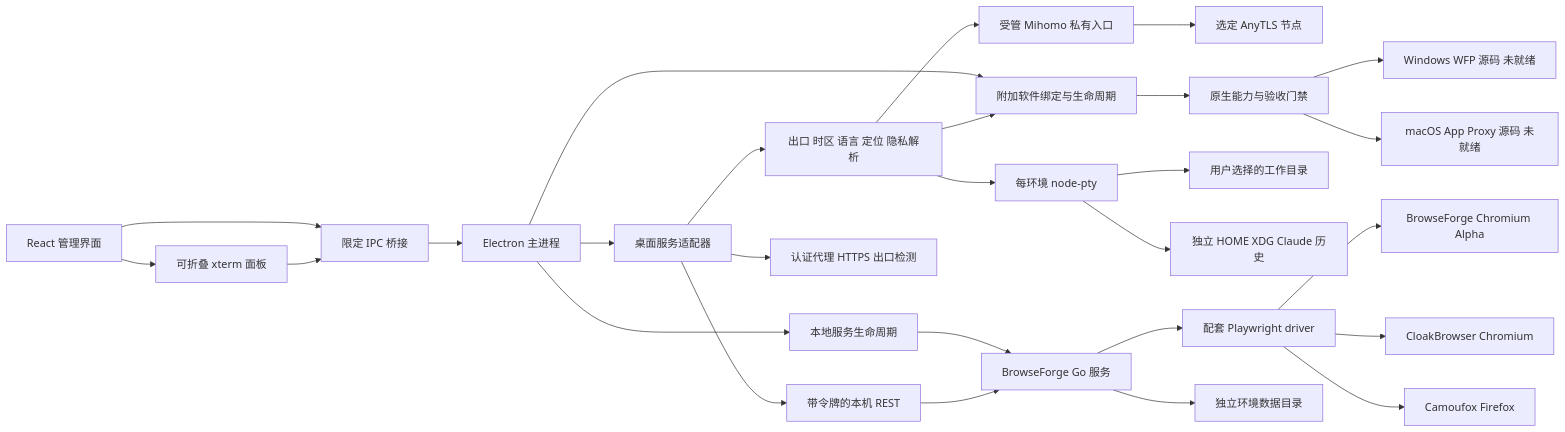
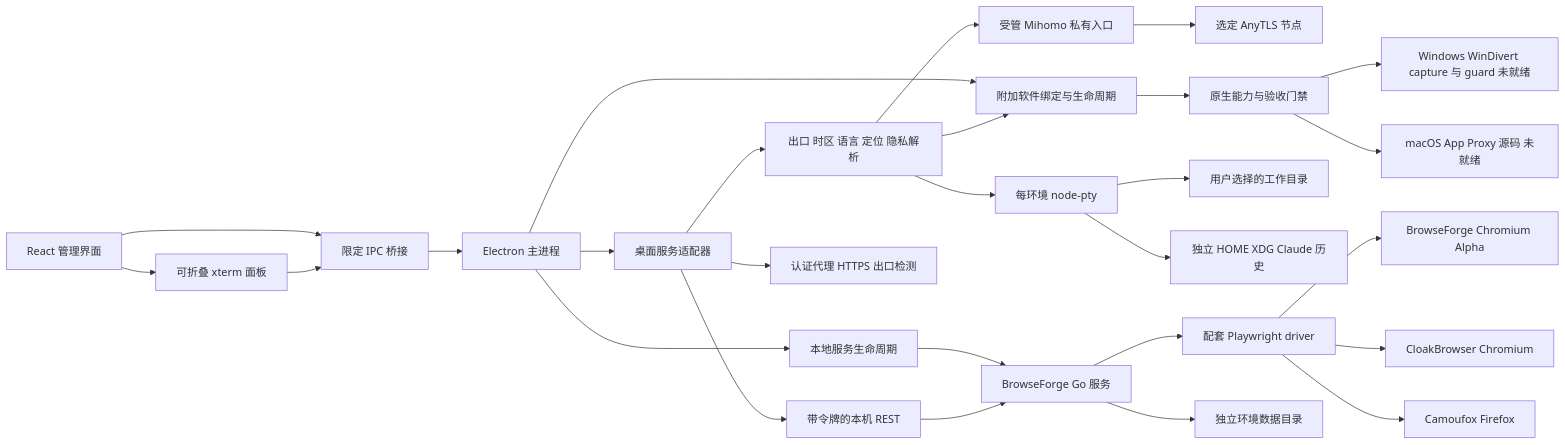
One commit to ink-scholar/Envara changed the diagram in docs/architecture.md. Above: the diagram before and after it, drawn with Mermaid. The commit also changed other lines of this file and 38 other files, not shown here.

Commit message:
feat: add guarded WinDivert capture and Windows component tooling

```diff
--- a/docs/architecture.md
+++ b/docs/architecture.md
@@ -5,29 +5,29 @@
 ~~~mermaid
 flowchart LR
   UI[React 管理界面] --> Bridge[限定 IPC 桥接]
   Bridge --> Main[Electron 主进程]
   Main --> Adapter[桌面服务适配器]
   Main --> Manager[本地服务生命周期]
   Main --> Applications[附加软件绑定与生命周期]
   Adapter --> Client[带令牌的本机 REST]
   Adapter --> Network[认证代理 HTTPS 出口检测]
   Adapter --> Context[出口 时区 语言 定位 隐私解析]
   Context --> ProxyCore[受管 Mihomo 私有入口]
   ProxyCore --> AnyTLS[选定 AnyTLS 节点]
   Context --> Terminal[每环境 node-pty]
   Context --> Applications
   Applications --> NativeGuard[原生能力与验收门禁]
   NativeGuard --> Mac[macOS App Proxy 源码 未就绪]
-  NativeGuard --> Windows[Windows WFP 源码 未就绪]
+  NativeGuard --> Windows[Windows WinDivert capture 与 guard 未就绪]
   UI --> Xterm[可折叠 xterm 面板]
   Xterm --> Bridge
   Terminal --> CWD[用户选择的工作目录]
   Terminal --> Config[独立 HOME XDG Claude 历史]
   Manager --> Sidecar[BrowseForge Go 服务]
   Client --> Sidecar
   Sidecar --> Driver[配套 Playwright driver]
   Driver --> Firefox[Camoufox Firefox]
   Driver --> Cloak[CloakBrowser Chromium]
   Driver --> Alpha[BrowseForge Chromium Alpha]
   Sidecar --> Profiles[独立环境数据目录]
 ~~~
```
